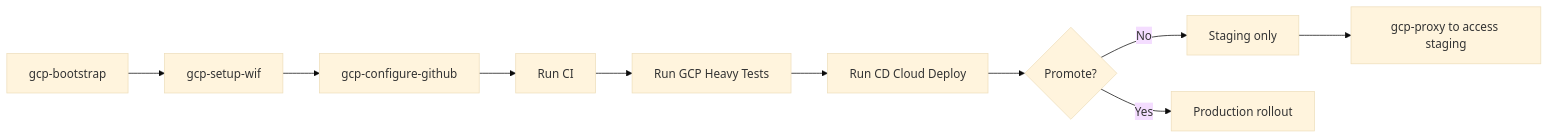
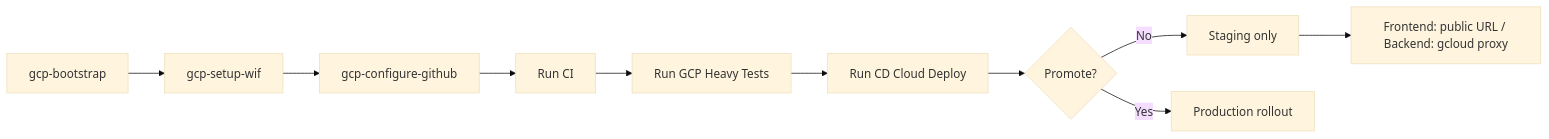
The ninth of 11 diagrams in docs/PLATFORM_GUIDE.md (superfox247/AgentDevelopment), drawn with Mermaid (base theme) before and after one commit. The commit also changed other lines of this file and 2 other files, not shown here.

````diff
--- a/docs/PLATFORM_GUIDE.md
+++ b/docs/PLATFORM_GUIDE.md
@@ -265,12 +267,12 @@
 ```mermaid
 flowchart LR
     Bootstrap[gcp-bootstrap] --> WIF[gcp-setup-wif]
     WIF --> GH[gcp-configure-github]
     GH --> CI[Run CI]
     CI --> Heavy[Run GCP Heavy Tests]
     Heavy --> CD[Run CD Cloud Deploy]
     CD --> Promote{Promote?}
     Promote -->|No| StageOnly[Staging only]
     Promote -->|Yes| Prod[Production rollout]
-    StageOnly --> Proxy[gcp-proxy to access staging]
+    StageOnly --> Access[Frontend: public URL / Backend: gcloud proxy]
 ```
````
